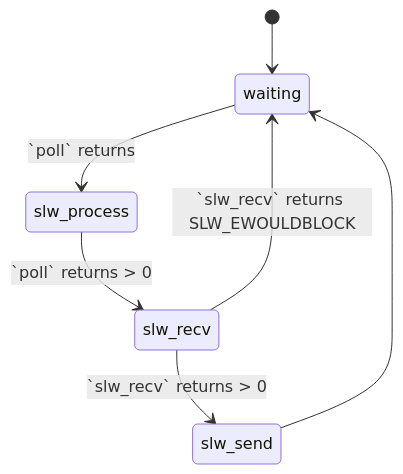
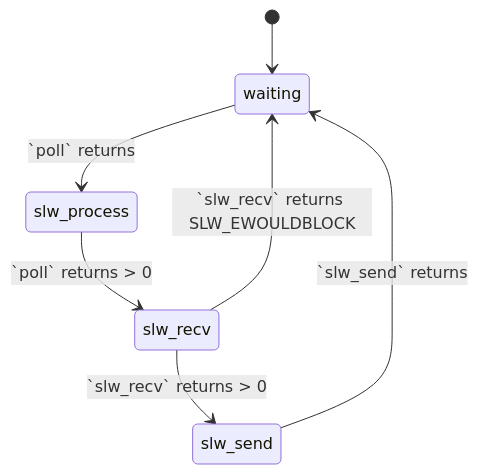
Before and after one commit to BetterLordWilliam/comp7005-project: the third of 4 diagrams in project_a01372608_report.md, drawn with Mermaid. The commit also changed other lines of this file, not shown here.

Commit message:
WO: SLW client state diagram updated.

````diff
--- a/project_a01372608_report.md
+++ b/project_a01372608_report.md
@@ -317,9 +317,9 @@
 ```mermaid
 stateDiagram
     [*] --> waiting
     waiting --> slw_process: `poll` returns
     slw_process --> slw_recv: `poll` returns > 0
     slw_recv --> slw_send: `slw_recv` returns > 0
     slw_recv --> waiting: `slw_recv` returns SLW_EWOULDBLOCK
-    slw_send --> waiting
+    slw_send --> waiting: `slw_send` returns
 ```
````
